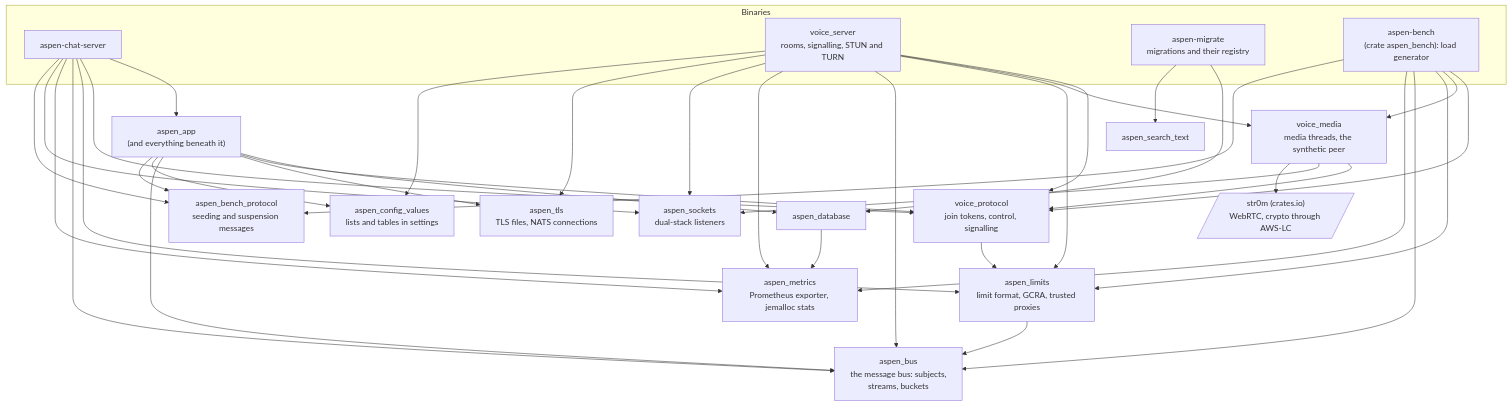
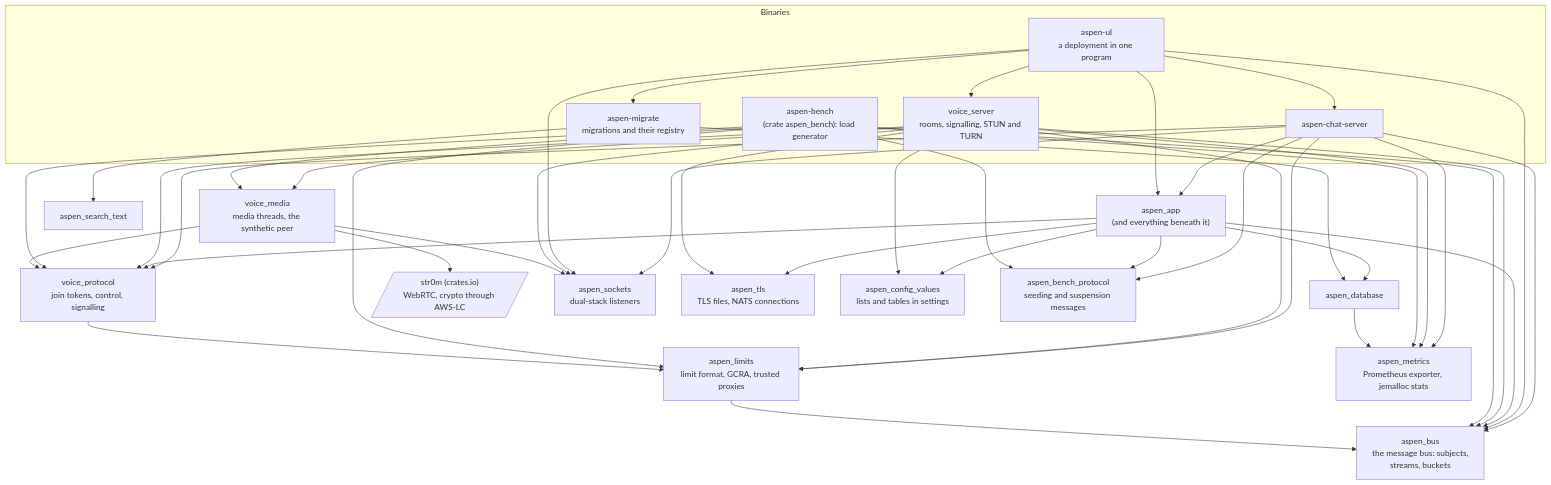
The second of 3 diagrams in docs/diagrams/crates.md (aspen-chat/aspen-chat-server), drawn with Mermaid before and after one commit. The commit also changed other lines of this file and 9 other files, not shown here.

First line of the commit message:
Add aspen-ul, a whole deployment in one program

````diff
--- a/docs/diagrams/crates.md
+++ b/docs/diagrams/crates.md
@@ -69,33 +69,35 @@
 ```mermaid
 flowchart TB
     subgraph bins["Binaries"]
         chat["aspen-chat-server"]
         voice_server["voice_server<br/>rooms, signalling, STUN and TURN"]
         migrate["aspen-migrate<br/>migrations and their registry"]
         bench["aspen-bench<br/>(crate aspen_bench): load generator"]
+        ul["aspen-ul<br/>a deployment in one program"]
     end
 
     app["aspen_app<br/>(and everything beneath it)"]
     database["aspen_database"]
     search_text["aspen_search_text"]
     voice_protocol["voice_protocol<br/>join tokens, control, signalling"]
     voice_media["voice_media<br/>media threads, the synthetic peer"]
     str0m[/"str0m (crates.io)<br/>WebRTC, crypto through AWS-LC"/]
     limits["aspen_limits<br/>limit format, GCRA, trusted proxies"]
     metrics["aspen_metrics<br/>Prometheus exporter, jemalloc stats"]
     sockets["aspen_sockets<br/>dual-stack listeners"]
     tls["aspen_tls<br/>TLS files, NATS connections"]
     bus["aspen_bus<br/>the message bus: subjects,<br/>streams, buckets"]
     config_values["aspen_config_values<br/>lists and tables in settings"]
     bench_protocol["aspen_bench_protocol<br/>seeding and suspension messages"]
 
     chat --> app & voice_protocol & limits & bus & metrics & sockets & bench_protocol
+    ul --> chat & voice_server & migrate & app & bus & sockets
     app --> database & voice_protocol & tls & bus & config_values & bench_protocol
     voice_server --> voice_protocol & voice_media & limits & bus & metrics & sockets & tls & config_values
     migrate --> database & search_text
     bench --> voice_protocol & voice_media & limits & bus & metrics & bench_protocol
     voice_media --> voice_protocol & sockets & str0m
     voice_protocol --> limits
     limits --> bus
     database --> metrics
 ```
````
